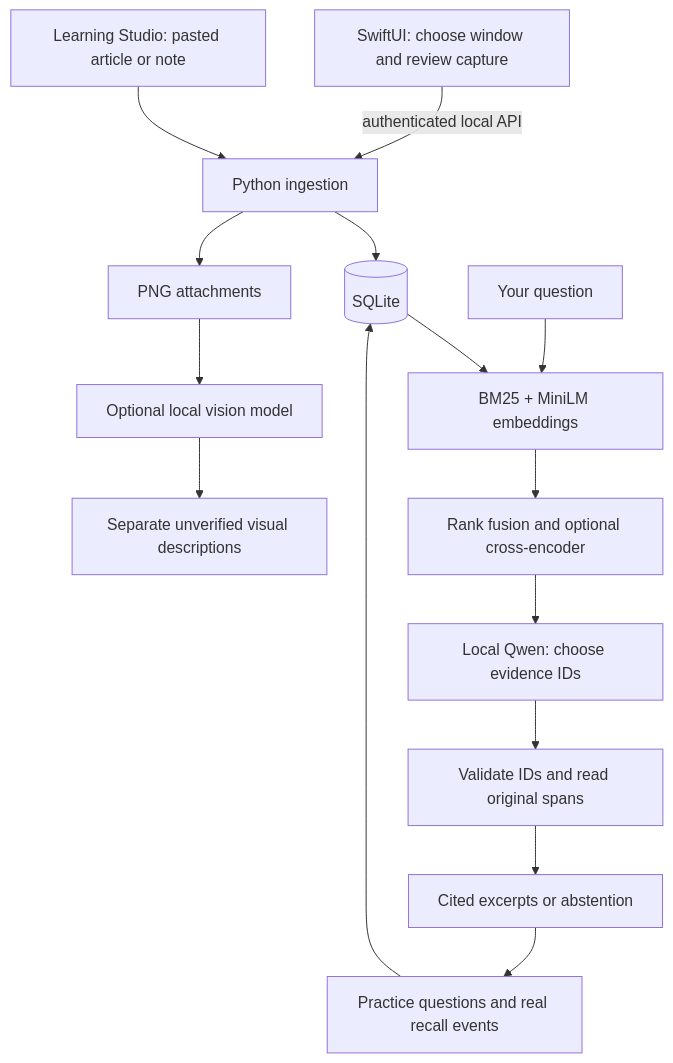
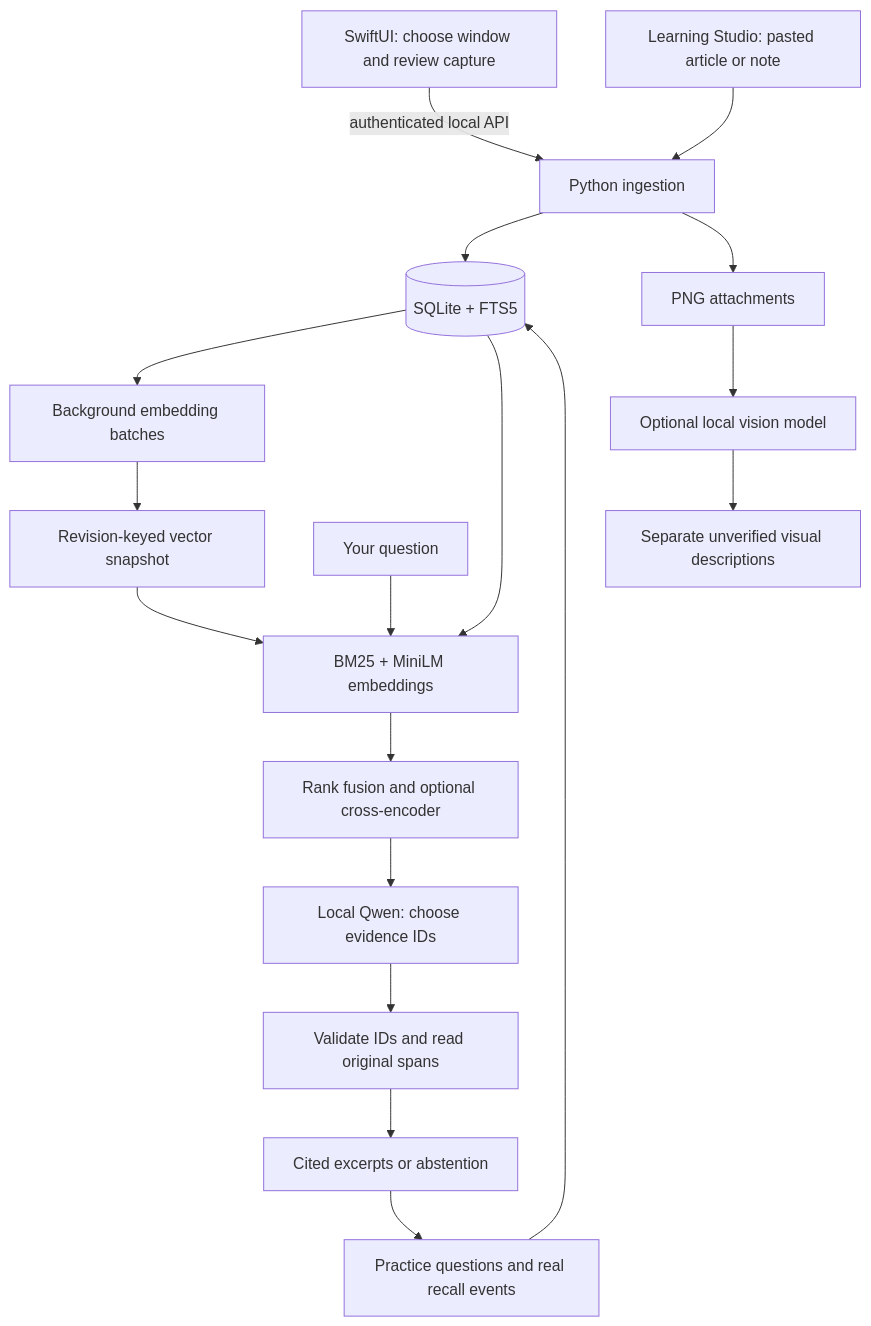
One commit to JayeshJaquar/second-brain changed the diagram in ARCHITECTURE.md. Above: the diagram before and after it, drawn with Mermaid. The commit also changed other lines of this file and 7 other files, not shown here.

````diff
--- a/ARCHITECTURE.md
+++ b/ARCHITECTURE.md
@@ -3,17 +3,20 @@
 ```mermaid
 flowchart TD
     C[SwiftUI: choose window and review capture] -->|authenticated local API| I[Python ingestion]
     W[Learning Studio: pasted article or note] --> I
-    I --> D[(SQLite)]
+    I --> D[(SQLite + FTS5)]
+    D --> BG[Background embedding batches]
+    BG --> VS[Revision-keyed vector snapshot]
+    VS --> R
     I --> P[PNG attachments]
     Q[Your question] --> R[BM25 + MiniLM embeddings]
     D --> R
     R --> F[Rank fusion and optional cross-encoder]
     F --> L[Local Qwen: choose evidence IDs]
     L --> V[Validate IDs and read original spans]
     V --> A[Cited excerpts or abstention]
     P --> VL[Optional local vision model]
     VL --> U[Separate unverified visual descriptions]
     A --> PR[Practice questions and real recall events]
     PR --> D
 ```
````
